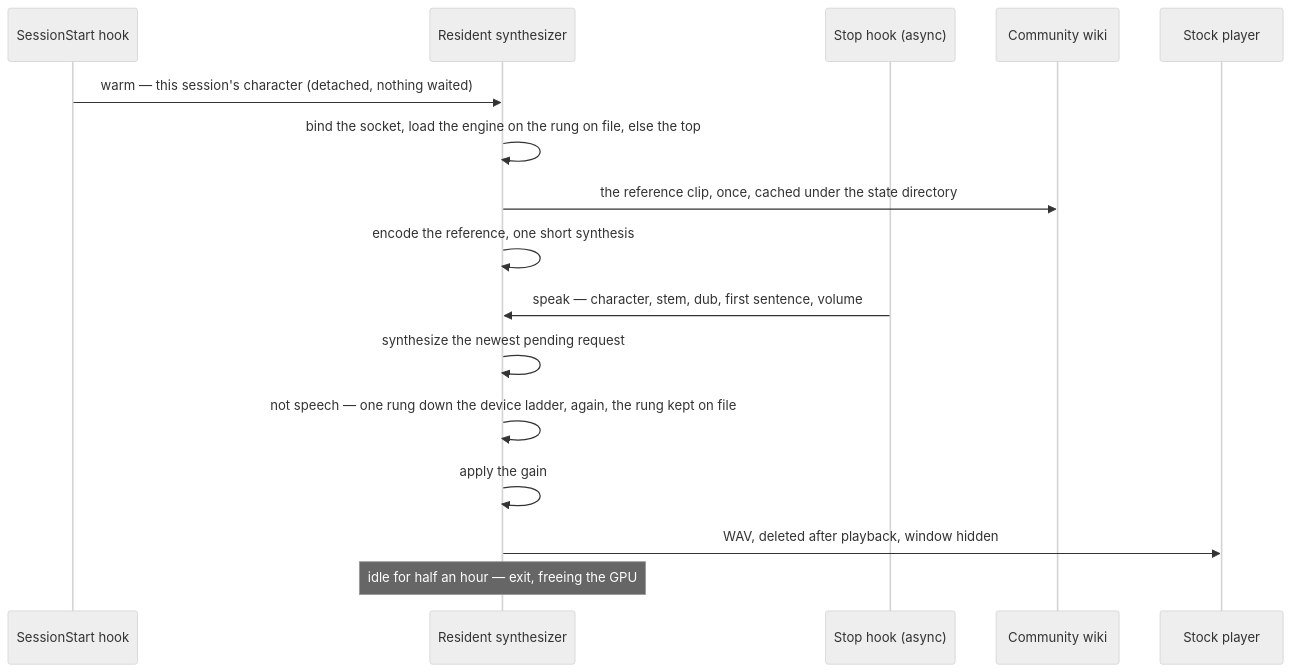
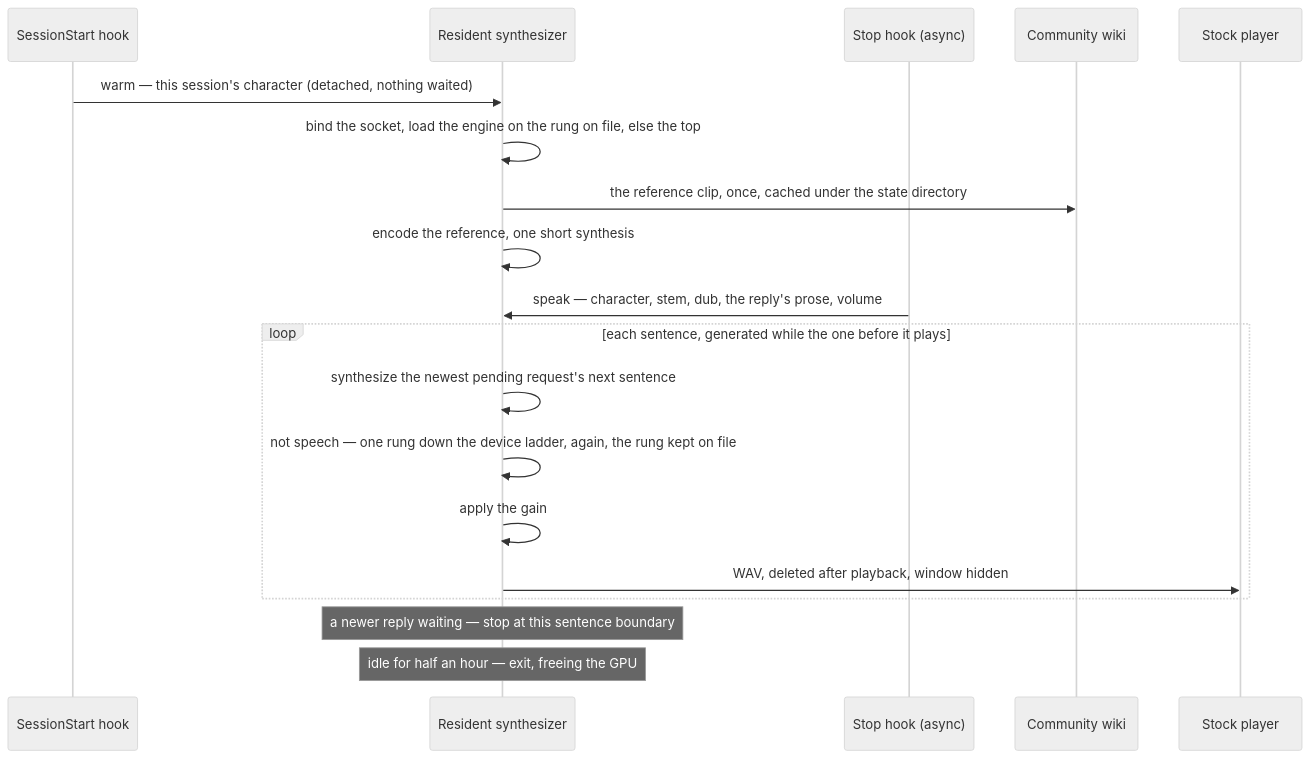
The first of 2 diagrams in apps/web/content/docs/infra/claude-interface/spoken-replies.md (Esposter/Esposter), drawn with Mermaid (neutral theme) before and after one commit. The commit also changed other lines of this file and 7 other files, not shown here.

First line of the commit message:
docs(genshin-persona): the reading is a reply's prose streamed a sentence at a time, and the silence gate is what a session that hears nothing costs

````diff
--- a/apps/web/content/docs/infra/claude-interface/spoken-replies.md
+++ b/apps/web/content/docs/infra/claude-interface/spoken-replies.md
@@ -19,19 +19,22 @@
 ```mermaid
 sequenceDiagram
     participant Start as SessionStart hook
     participant Server as Resident synthesizer
     participant Stop as Stop hook (async)
     participant Wiki as Community wiki
     participant Player as Stock player
 
     Start->>Server: warm — this session's character (detached, nothing waited)
     Server->>Server: bind the socket, load the engine on the rung on file, else the top
     Server->>Wiki: the reference clip, once, cached under the state directory
     Server->>Server: encode the reference, one short synthesis
-    Stop->>Server: speak — character, stem, dub, first sentence, volume
-    Server->>Server: synthesize the newest pending request
-    Server->>Server: not speech — one rung down the device ladder, again, the rung kept on file
-    Server->>Server: apply the gain
-    Server->>Player: WAV, deleted after playback, window hidden
+    Stop->>Server: speak — character, stem, dub, the reply's prose, volume
+    loop each sentence, generated while the one before it plays
+        Server->>Server: synthesize the newest pending request's next sentence
+        Server->>Server: not speech — one rung down the device ladder, again, the rung kept on file
+        Server->>Server: apply the gain
+        Server->>Player: WAV, deleted after playback, window hidden
+    end
+    Note over Server: a newer reply waiting — stop at this sentence boundary
     Note over Server: idle for half an hour — exit, freeing the GPU
 ```
````
